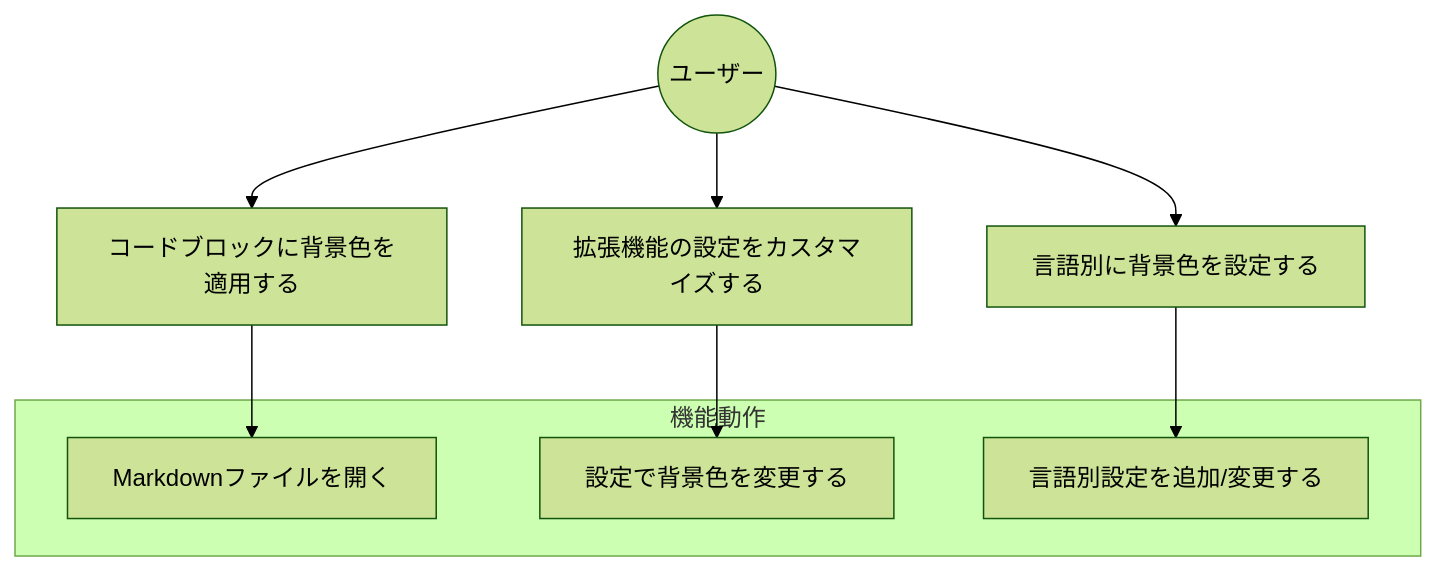
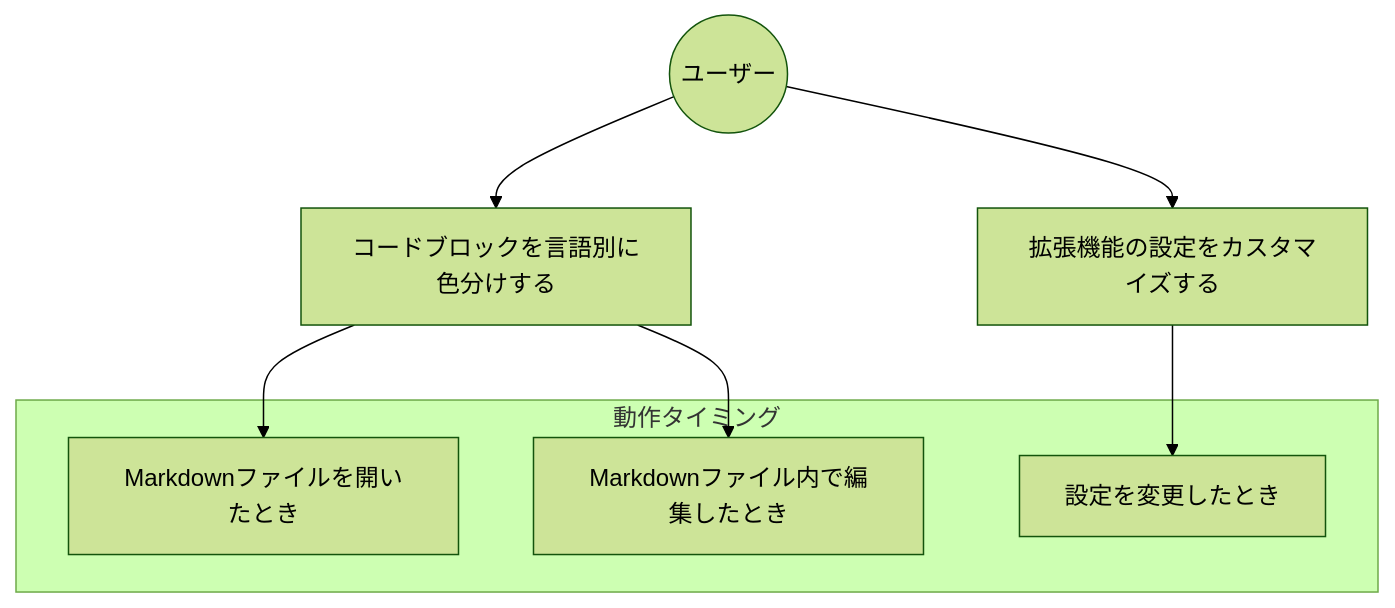
Before and after one commit to shuhei1101/codeblock-highlight: the first of 3 diagrams in docs/issues/issue-1081/1081-requirement.md, drawn with Mermaid (forest theme). The commit also changed other lines of this file and 14 other files, not shown here.

````diff
--- a/docs/issues/issue-1081/1081-requirement.md
+++ b/docs/issues/issue-1081/1081-requirement.md
@@ -110,21 +48,19 @@
 ```mermaid
 graph TD
     User((ユーザー))
-    UC1[コードブロックに背景色を適用する]
-    UC2[言語別に背景色を設定する]
-    UC3[拡張機能の設定をカスタマイズする]
+    UC1[コードブロックを言語別に色分けする]
+    UC2[拡張機能の設定をカスタマイズする]
     
     User --> UC1
     User --> UC2
-    User --> UC3
     
-    subgraph "機能動作"
-    F1[Markdownファイルを開く]
-    F2[設定で背景色を変更する]
-    F3[言語別設定を追加/変更する]
+    subgraph "動作タイミング"
+    M1[Markdownファイルを開いたとき]
+    M2[Markdownファイル内で編集したとき]
+    M3[設定を変更したとき]
     end
     
-    UC1 --> F1
-    UC2 --> F3
-    UC3 --> F2
+    UC1 --> M1
+    UC1 --> M2
+    UC2 --> M3
 ```
````
